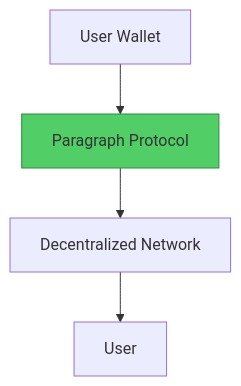
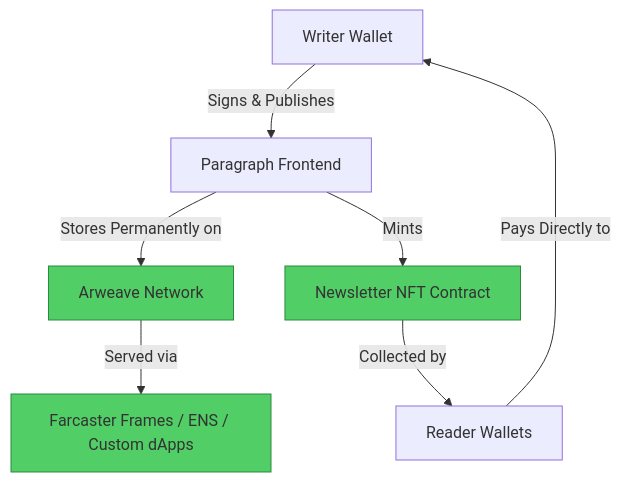
The second of 2 diagrams in 04-publishing/02-substack-to-paragraph.md (Elvatar2/Web2-To-Web3-Migration-Guide), drawn with Mermaid before and after one commit. The commit also changed other lines of this file, not shown here.

````diff
--- a/04-publishing/02-substack-to-paragraph.md
+++ b/04-publishing/02-substack-to-paragraph.md
@@ -63,8 +77,13 @@
 ```mermaid
 graph TB
-    A[User Wallet] --> B[Paragraph Protocol]
-    B --> C[Decentralized Network]
-    C --> D[User]
+    A[Writer Wallet] -->|Signs & Publishes| B[Paragraph Frontend]
+    B -->|Stores Permanently on| C[Arweave Network]
+    B -->|Mints| D[Newsletter NFT Contract]
+    D -->|Collected by| E[Reader Wallets]
+    E -->|Pays Directly to| A
+    C -->|Served via| F[Farcaster Frames / ENS / Custom dApps]
 
-    style B fill:#51cf66,stroke:#2b8a3e
+    style C fill:#51cf66,stroke:#2b8a3e
+    style D fill:#51cf66,stroke:#2b8a3e
+    style F fill:#51cf66,stroke:#2b8a3e
 ```
````
